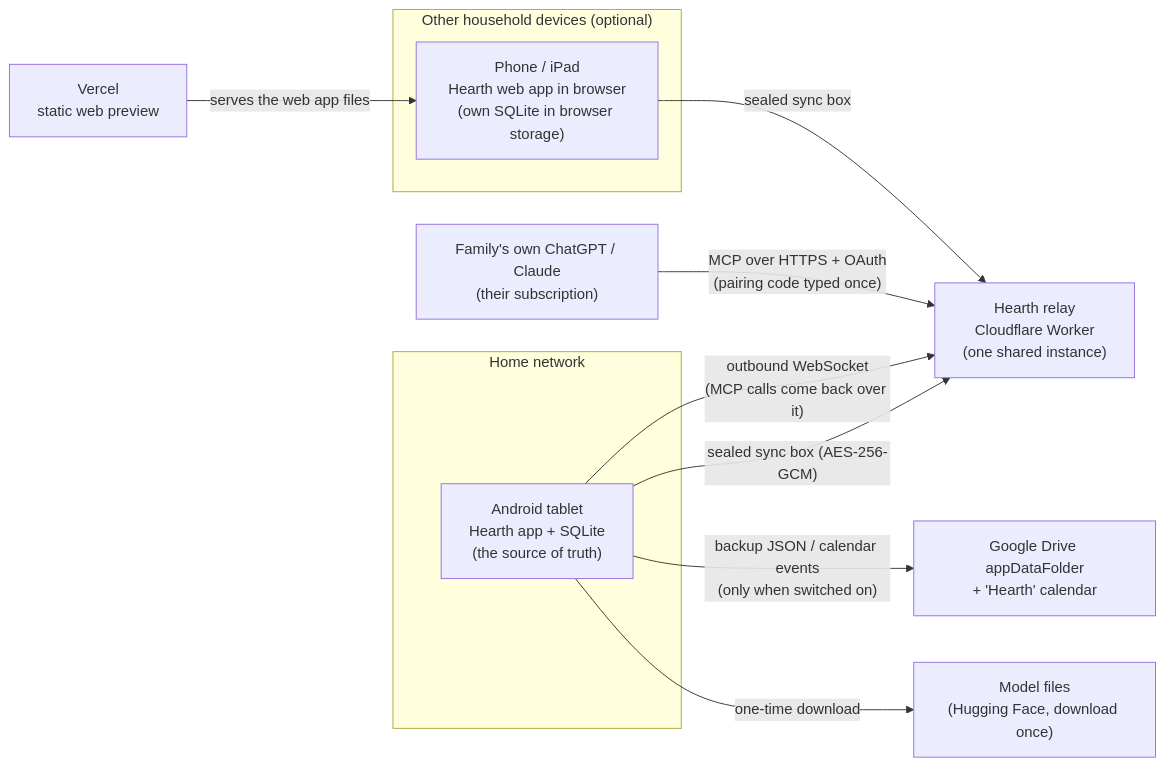
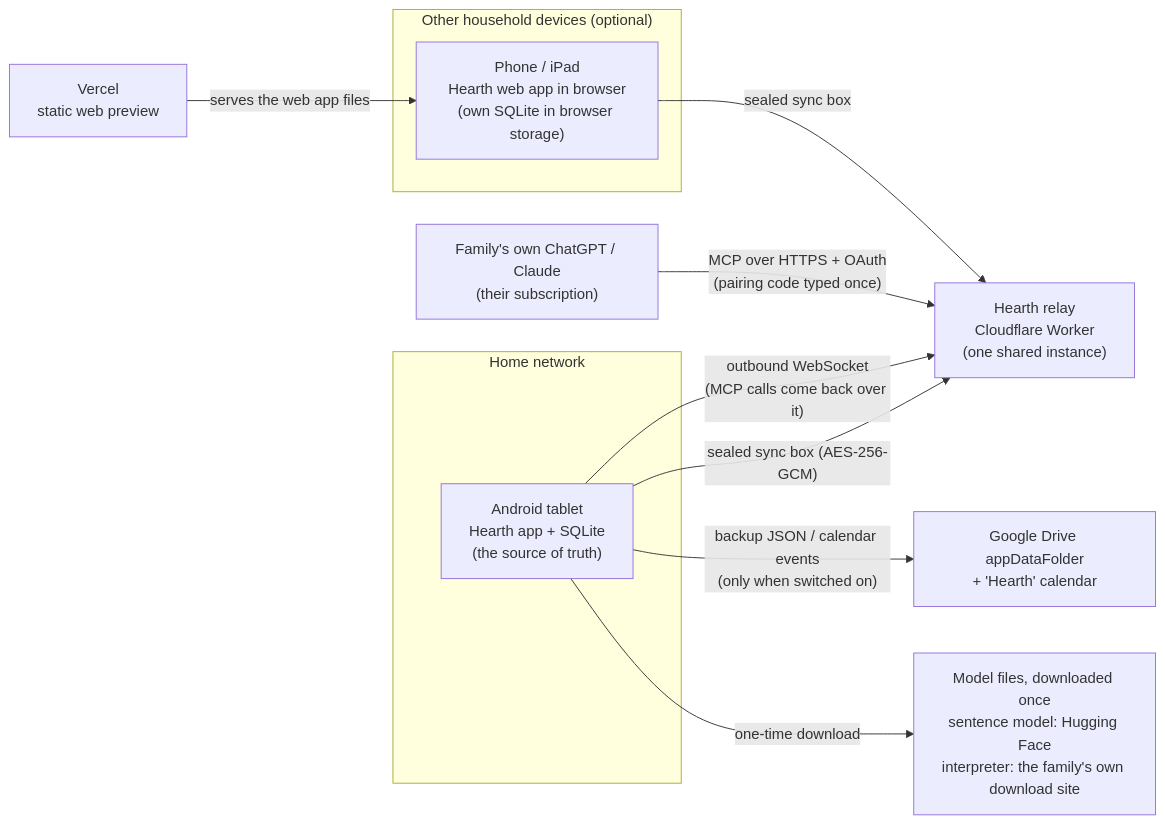
Before and after one commit to luka-psa/CSOD-API-openAI2.0: the first of 7 diagrams in docs/ARCHITECTURE.md, drawn with Mermaid. The commit also changed other lines of this file and 8 other files, not shown here.

First line of the commit message:
Gesprekken begrijpen from the household's own download site, on by itself on the tablet

````diff
--- a/docs/ARCHITECTURE.md
+++ b/docs/ARCHITECTURE.md
@@ -19,22 +19,22 @@
 ```mermaid
 flowchart LR
     subgraph Home["Home network"]
         T["Android tablet<br/>Hearth app + SQLite<br/>(the source of truth)"]
     end
     subgraph Others["Other household devices (optional)"]
         P["Phone / iPad<br/>Hearth web app in browser<br/>(own SQLite in browser storage)"]
     end
     R["Hearth relay<br/>Cloudflare Worker<br/>(one shared instance)"]
     AI["Family's own ChatGPT / Claude<br/>(their subscription)"]
     G["Google Drive appDataFolder<br/>+ 'Hearth' calendar"]
-    HF["Model files<br/>(Hugging Face, download once)"]
+    HF["Model files, downloaded once<br/>sentence model: Hugging Face<br/>interpreter: the family's own download site"]
     V["Vercel<br/>static web preview"]
 
     T -- "outbound WebSocket<br/>(MCP calls come back over it)" --> R
     AI -- "MCP over HTTPS + OAuth<br/>(pairing code typed once)" --> R
     T -- "sealed sync box (AES-256-GCM)" --> R
     P -- "sealed sync box" --> R
     T -- "backup JSON / calendar events<br/>(only when switched on)" --> G
     T -- "one-time download" --> HF
     V -- "serves the web app files" --> P
 ```
````
